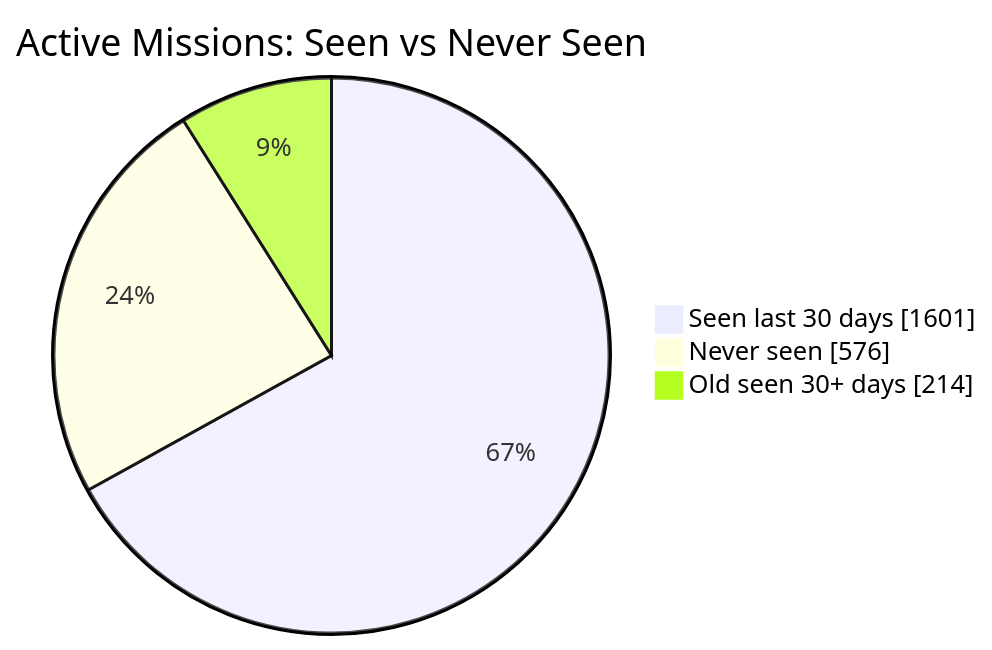
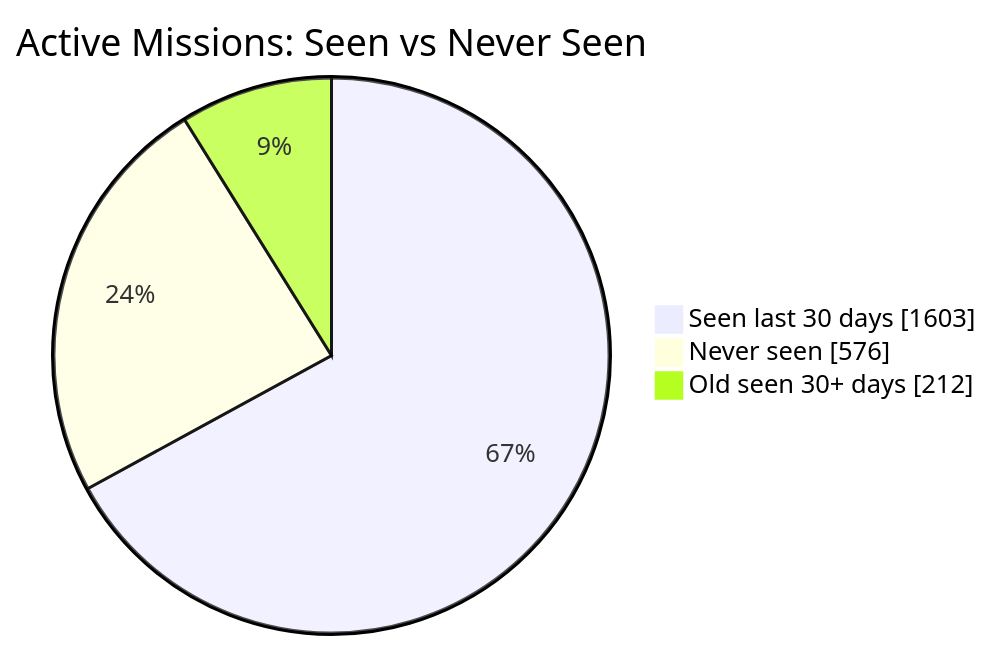
Before and after one commit to MeldkamerspelGameTeam/active-missions: the first of 2 diagrams in README.md, drawn with Mermaid. The commit also changed other lines of this file and 3 other files, not shown here.

````diff
--- a/README.md
+++ b/README.md
@@ -34,7 +34,7 @@
 ```mermaid
 pie showData
     title Active Missions: Seen vs Never Seen
-    "Seen last 30 days" : 1601
+    "Seen last 30 days" : 1603
     "Never seen" : 576
-    "Old seen 30+ days" : 214
+    "Old seen 30+ days" : 212
 ```
````
